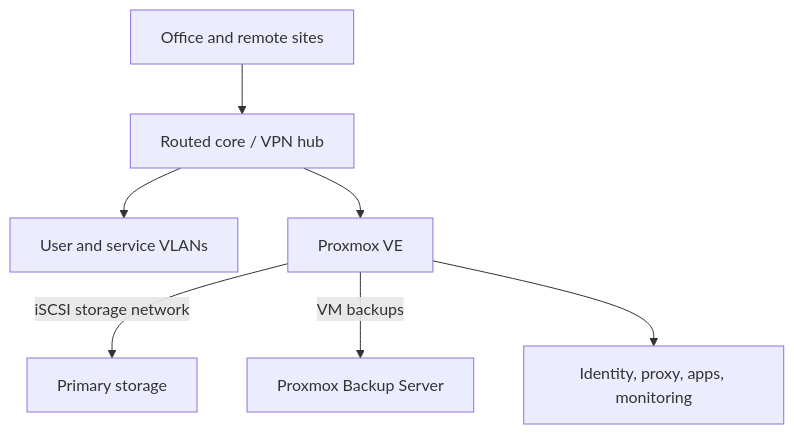
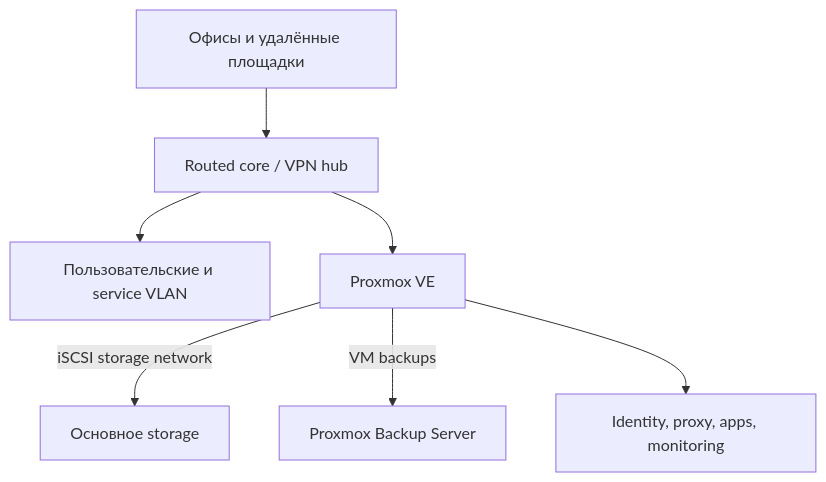
One commit to Ilyusa206/engineering-showcase changed the diagram in cases/infrastructure/README.md. Above: the diagram before and after it, drawn with Mermaid. The commit also changed other lines of this file and 17 other files, not shown here.

````diff
--- a/cases/infrastructure/README.md
+++ b/cases/infrastructure/README.md
@@ -19,9 +19,9 @@
 ```mermaid
 flowchart TD
-    SITES["Office and remote sites"] --> CORE["Routed core / VPN hub"]
-    CORE --> USERS["User and service VLANs"]
+    SITES["Офисы и удалённые площадки"] --> CORE["Routed core / VPN hub"]
+    CORE --> USERS["Пользовательские и service VLAN"]
     CORE --> PVE["Proxmox VE"]
-    PVE -->|iSCSI storage network| NAS["Primary storage"]
+    PVE -->|iSCSI storage network| NAS["Основное storage"]
     PVE -->|VM backups| PBS["Proxmox Backup Server"]
     PVE --> SVC["Identity, proxy, apps, monitoring"]
 ```
````
